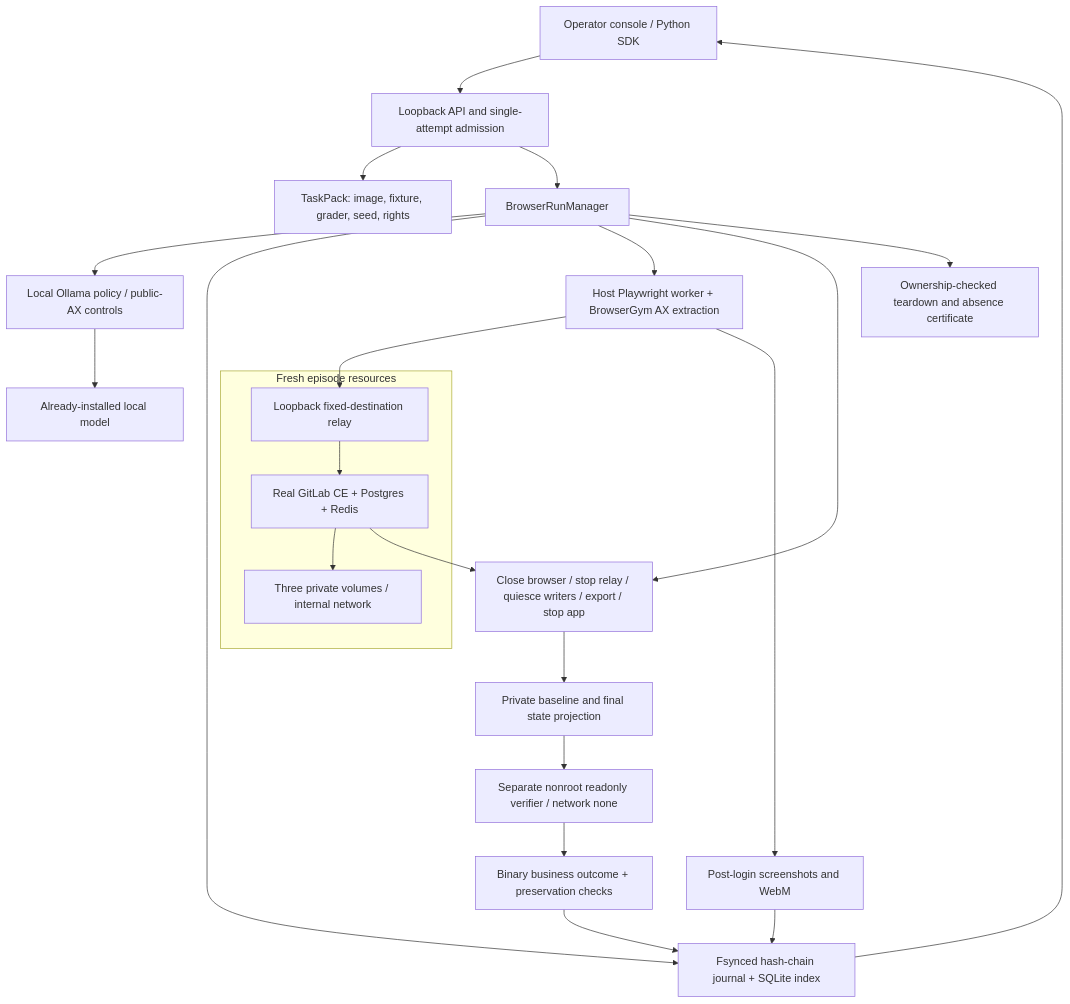
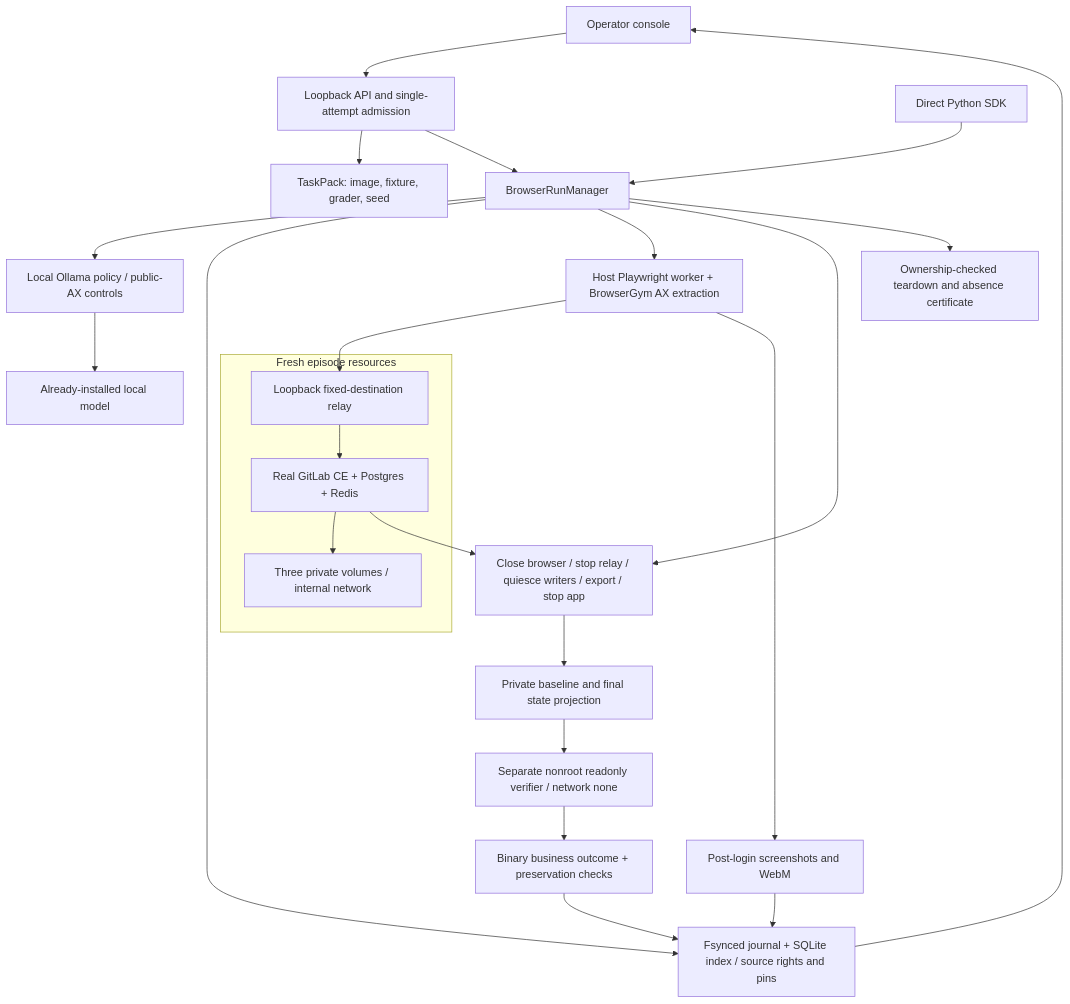
Before and after one commit to nthpaul/world-engine: the diagram in docs/gitlab-browser.md, drawn with Mermaid. The commit also changed 1 other file, not shown here.

Commit message:
Make collection receipts durable and clarify SDK ownership

````diff
--- a/docs/gitlab-browser.md
+++ b/docs/gitlab-browser.md
@@ -10,25 +10,26 @@
 ```mermaid
 flowchart TB
-    UI[Operator console / Python SDK] --> API[Loopback API and single-attempt admission]
-    API --> TASK[TaskPack: image, fixture, grader, seed, rights]
+    UI[Operator console] --> API[Loopback API and single-attempt admission]
+    SDK[Direct Python SDK] --> RUN
+    API --> TASK[TaskPack: image, fixture, grader, seed]
     API --> RUN[BrowserRunManager]
     RUN --> POLICY[Local Ollama policy / public-AX controls]
     POLICY --> INFER[Already-installed local model]
-    RUN --> JOURNAL[Fsynced hash-chain journal + SQLite index]
+    RUN --> JOURNAL[Fsynced journal + SQLite index / source rights and pins]
     RUN --> DRIVER[Host Playwright worker + BrowserGym AX extraction]
     DRIVER --> RELAY[Loopback fixed-destination relay]
     subgraph Episode[Fresh episode resources]
         RELAY --> APP[Real GitLab CE + Postgres + Redis]
         APP --> VOLUMES[Three private volumes / internal network]
     end
     DRIVER --> MEDIA[Post-login screenshots and WebM]
     RUN --> SEAL[Close browser / stop relay / quiesce writers / export / stop app]
     APP --> SEAL
     SEAL --> PRIVATE[Private baseline and final state projection]
     PRIVATE --> GRADE[Separate nonroot readonly verifier / network none]
     GRADE --> OUTCOME[Binary business outcome + preservation checks]
     OUTCOME --> JOURNAL
     MEDIA --> JOURNAL
     JOURNAL --> UI
     RUN --> CLEANUP[Ownership-checked teardown and absence certificate]
 ```
````
